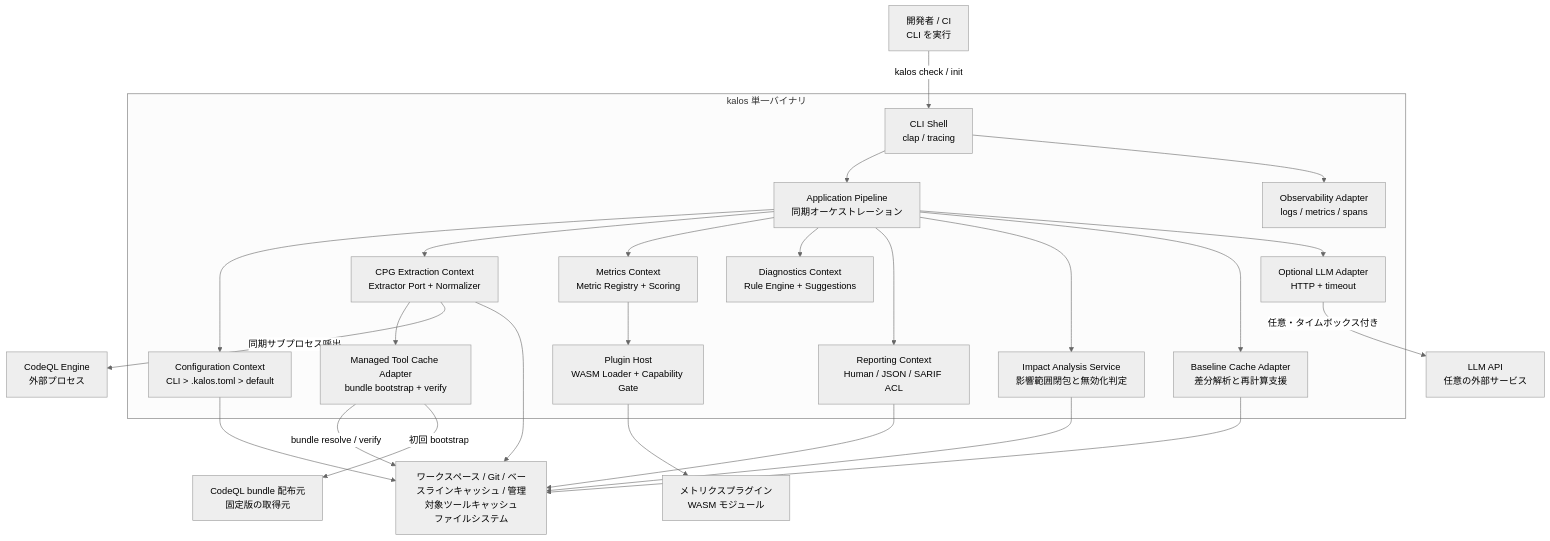
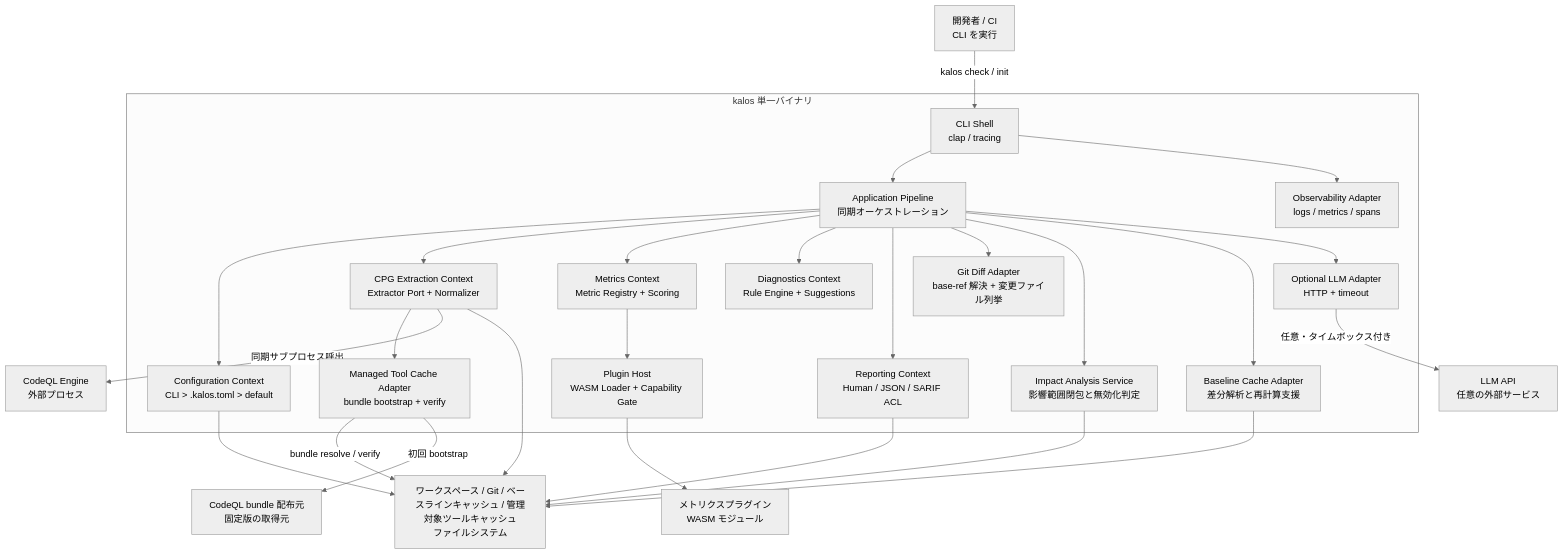
Before and after one commit to RK0429/kalos: the second of 4 diagrams in docs/architecture.md, drawn with Mermaid (neutral theme). The commit also changed other lines of this file and 6 other files, not shown here.

````diff
--- a/docs/architecture.md
+++ b/docs/architecture.md
@@ -97,49 +97,51 @@
 ```mermaid
 graph TB
     User[開発者 / CI<br>CLI を実行]
     BundleSource[CodeQL bundle 配布元<br>固定版の取得元]
     CodeQL[CodeQL Engine<br>外部プロセス]
     LLM[LLM API<br>任意の外部サービス]
     FS[ワークスペース / Git / ベースラインキャッシュ / 管理対象ツールキャッシュ<br>ファイルシステム]
     PluginPkg[メトリクスプラグイン<br>WASM モジュール]
 
     subgraph Kalos["kalos 単一バイナリ"]
         CLI[CLI Shell<br>clap / tracing]
         App[Application Pipeline<br>同期オーケストレーション]
         Config[Configuration Context<br>CLI > .kalos.toml > default]
         Cpg[CPG Extraction Context<br>Extractor Port + Normalizer]
         ToolCache[Managed Tool Cache Adapter<br>bundle bootstrap + verify]
         Metrics[Metrics Context<br>Metric Registry + Scoring]
         Diagnostics[Diagnostics Context<br>Rule Engine + Suggestions]
         Report[Reporting Context<br>Human / JSON / SARIF ACL]
         PluginHost[Plugin Host<br>WASM Loader + Capability Gate]
         Impact[Impact Analysis Service<br>影響範囲閉包と無効化判定]
+        GIT[Git Diff Adapter<br>base-ref 解決 + 変更ファイル列挙]
         Cache[Baseline Cache Adapter<br>差分解析と再計算支援]
         LlmAdapter[Optional LLM Adapter<br>HTTP + timeout]
         Obs[Observability Adapter<br>logs / metrics / spans]
     end
 
     User -->|kalos check / init| CLI
     CLI --> App
     App --> Config
     App --> Cpg
     App --> Metrics
     App --> Diagnostics
     App --> Report
+    App --> GIT
     App --> Impact
     App --> Cache
     App --> LlmAdapter
     CLI --> Obs
     Metrics --> PluginHost
     Cpg --> ToolCache
     Cpg -->|同期サブプロセス呼出| CodeQL
     ToolCache -->|bundle resolve / verify| FS
     ToolCache -->|初回 bootstrap| BundleSource
     LlmAdapter -->|任意・タイムボックス付き| LLM
     PluginHost --> PluginPkg
     Cpg --> FS
     Config --> FS
     Impact --> FS
     Cache --> FS
     Report --> FS
 ```
````
